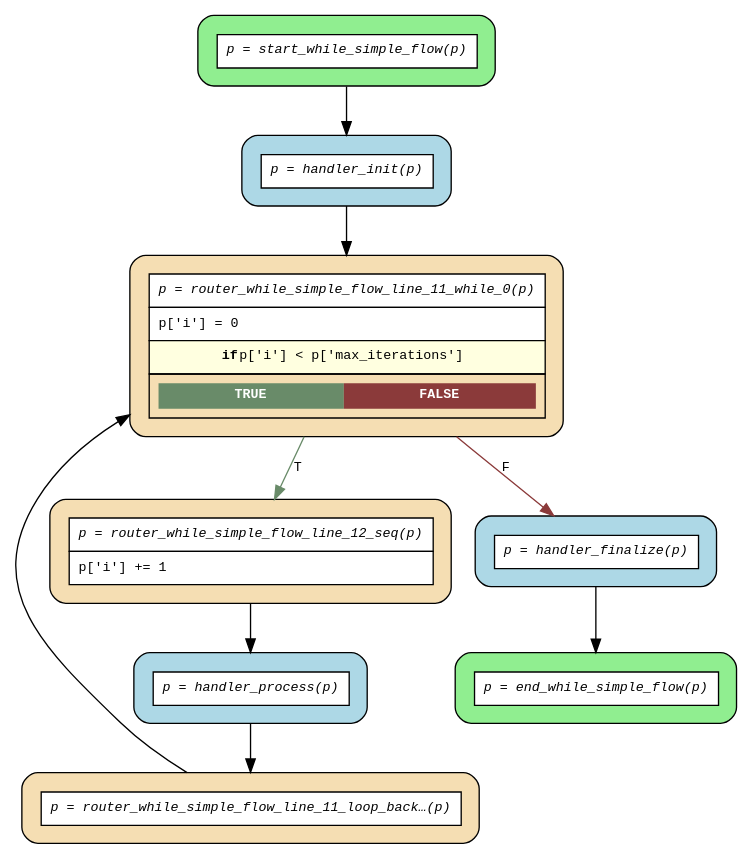
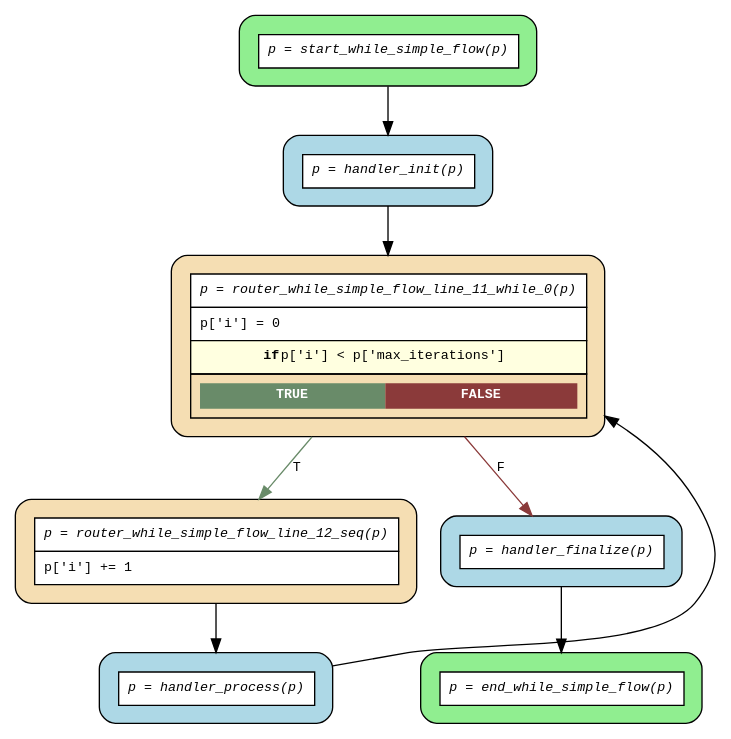
The diagram in examples/flows/compiled/while_simple/flow.dot (deliveryhero/asya), drawn with Graphviz before and after one commit. The commit also changed 40 other files, not shown here.

First line of the commit message:
fix(grouper): eliminate no-op loop_back routers for conditional while loops

```diff
--- a/examples/flows/compiled/while_simple/flow.dot
+++ b/examples/flows/compiled/while_simple/flow.dot
@@ -1,24 +1,22 @@
 digraph flow {
   rankdir=TB;
   graph [fontname="Courier", fontsize=10];
   node [fontname="Courier", fontsize=10, shape=box, style="filled,rounded", margin="0.2"];
   edge [fontname="Courier", fontsize=10];
 
   start_while_simple_flow [fillcolor="lightgreen", label=<<table border="0" cellspacing="0" cellpadding="6" cellborder="1"><tr><td bgcolor="white" align="center"><i>p = start_while_simple_flow(p)</i></td></tr></table>>];
   router_while_simple_flow_line_12_seq [fillcolor="wheat", label=<<table border="0" cellspacing="0" cellpadding="6" cellborder="1"><tr><td bgcolor="white" align="center"><i>p = router_while_simple_flow_line_12_seq(p)</i></td></tr><tr><td bgcolor="white" align="left">p['i'] += 1</td></tr></table>>];
-  router_while_simple_flow_line_11_loop_back_0 [fillcolor="wheat", label=<<table border="0" cellspacing="0" cellpadding="6" cellborder="1"><tr><td bgcolor="white" align="center"><i>p = router_while_simple_flow_line_11_loop_back…(p)</i></td></tr></table>>];
   router_while_simple_flow_line_11_while_0 [fillcolor="wheat", label=<<table border="0" cellspacing="0" cellpadding="6" cellborder="1"><tr><td bgcolor="white" align="center"><i>p = router_while_simple_flow_line_11_while_0(p)</i></td></tr><tr><td bgcolor="white" align="left">p['i'] = 0</td></tr><tr><td bgcolor="lightyellow"><b>if</b> p['i'] &lt; p['max_iterations']</td></tr><tr><td><table border="0" cellspacing="0" cellpadding="4"><tr><td bgcolor="darkseagreen4"><font color="white"><b>TRUE</b></font></td><td bgcolor="indianred4"><font color="white"><b>FALSE</b></font></td></tr></table></td></tr></table>>];
   end_while_simple_flow [fillcolor="lightgreen", label=<<table border="0" cellspacing="0" cellpadding="6" cellborder="1"><tr><td bgcolor="white" align="center"><i>p = end_while_simple_flow(p)</i></td></tr></table>>];
   handler_finalize [fillcolor="lightblue", label=<<table border="0" cellspacing="0" cellpadding="6" cellborder="1"><tr><td bgcolor="white" align="center"><i>p = handler_finalize(p)</i></td></tr></table>>];
   handler_init [fillcolor="lightblue", label=<<table border="0" cellspacing="0" cellpadding="6" cellborder="1"><tr><td bgcolor="white" align="center"><i>p = handler_init(p)</i></td></tr></table>>];
   handler_process [fillcolor="lightblue", label=<<table border="0" cellspacing="0" cellpadding="6" cellborder="1"><tr><td bgcolor="white" align="center"><i>p = handler_process(p)</i></td></tr></table>>];
 
   handler_finalize -> end_while_simple_flow;
   handler_init -> router_while_simple_flow_line_11_while_0;
-  handler_process -> router_while_simple_flow_line_11_loop_back_0;
-  router_while_simple_flow_line_11_loop_back_0 -> router_while_simple_flow_line_11_while_0 [constraint=false];
+  handler_process -> router_while_simple_flow_line_11_while_0 [constraint=false];
   router_while_simple_flow_line_11_while_0 -> handler_finalize [label="F", color=indianred4];
   router_while_simple_flow_line_11_while_0 -> router_while_simple_flow_line_12_seq [label="T", color=darkseagreen4];
   router_while_simple_flow_line_12_seq -> handler_process;
   start_while_simple_flow -> handler_init;
 }
```
